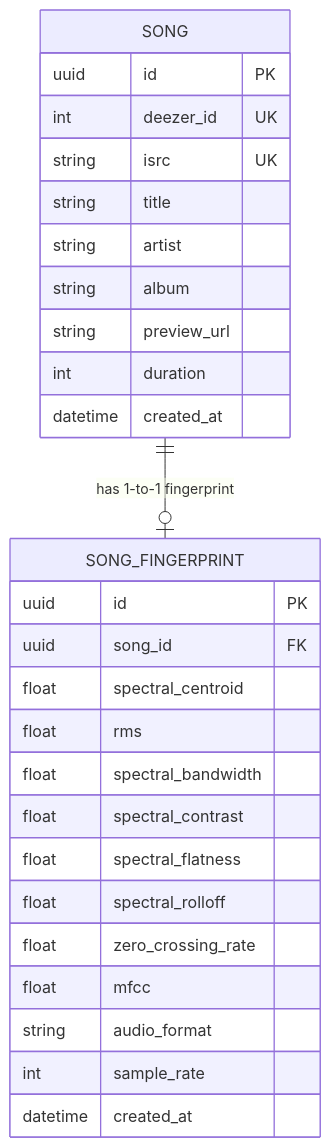
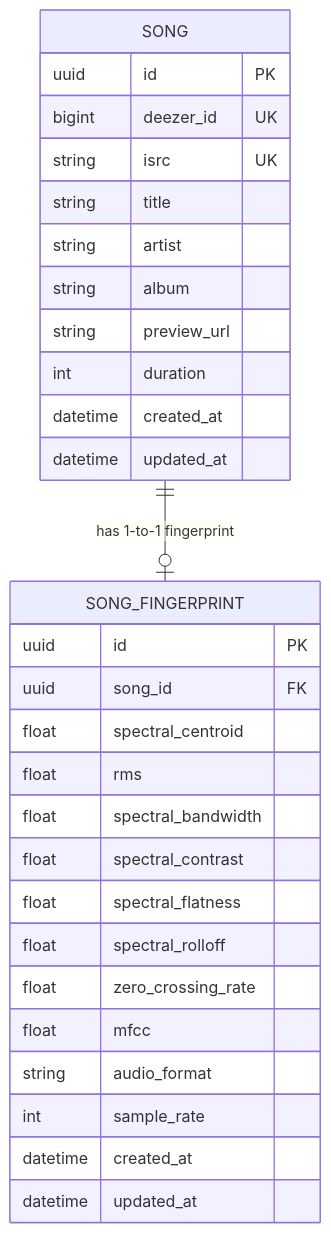
One commit to AhmedAl-Hayali/AgenticGenreGuru changed the third of 3 diagrams in README.md. Above: the diagram before and after it, drawn with Mermaid. The commit also changed other lines of this file and 4 other files, not shown here.

````diff
--- a/README.md
+++ b/README.md
@@ -149,32 +181,34 @@
 ```mermaid
 erDiagram
     SONG ||--o| SONG_FINGERPRINT : "has 1-to-1 fingerprint"
 
     SONG {
         uuid id PK
-        int deezer_id UK
+        bigint deezer_id UK
         string isrc UK
         string title
         string artist
         string album
         string preview_url
         int duration
         datetime created_at
+        datetime updated_at
     }
 
     SONG_FINGERPRINT {
         uuid id PK
         uuid song_id FK
         float spectral_centroid
         float rms
         float spectral_bandwidth
         float spectral_contrast
         float spectral_flatness
         float spectral_rolloff
         float zero_crossing_rate
         float mfcc
         string audio_format
         int sample_rate
         datetime created_at
+        datetime updated_at
     }
 ```
````
